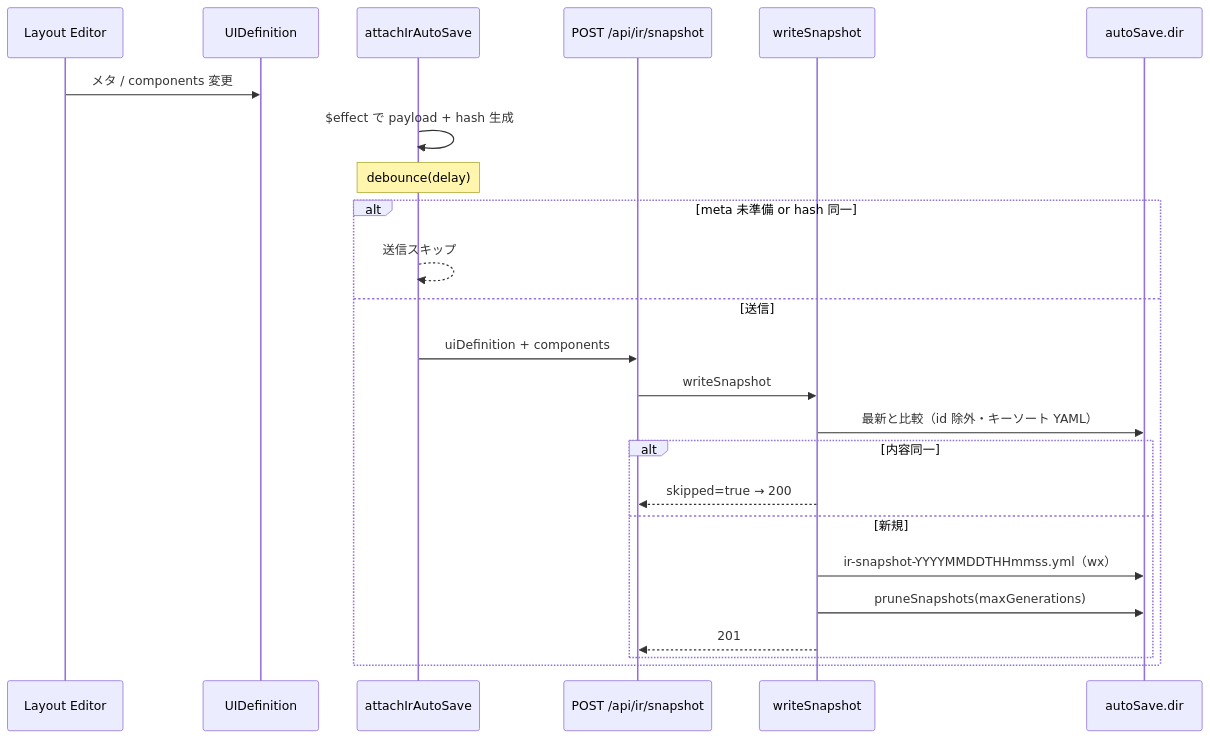
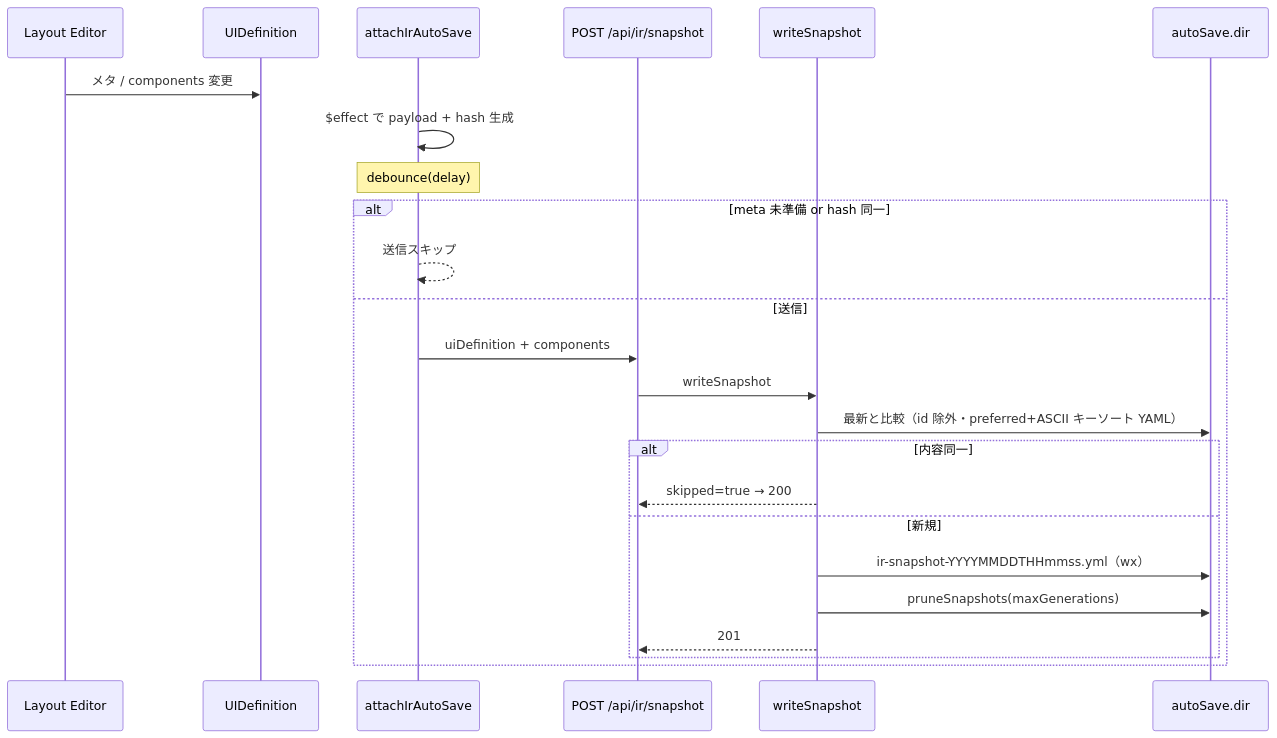
The diagram in docs/use-cases/ir-snapshot-auto-save.md (tatsuEX/lightweight-ir-modeler), drawn with Mermaid before and after one commit. The commit also changed other lines of this file and 8 other files, not shown here.

````diff
--- a/docs/use-cases/ir-snapshot-auto-save.md
+++ b/docs/use-cases/ir-snapshot-auto-save.md
@@ -35,27 +35,27 @@
 ```mermaid
 sequenceDiagram
   participant Editor as Layout Editor
   participant Store as UIDefinition
   participant Auto as attachIrAutoSave
   participant API as POST /api/ir/snapshot
   participant IO as writeSnapshot
   participant Disk as autoSave.dir
 
   Editor->>Store: メタ / components 変更
   Auto->>Auto: $effect で payload + hash 生成
   Note over Auto: debounce(delay)
   alt meta 未準備 or hash 同一
     Auto-->>Auto: 送信スキップ
   else 送信
     Auto->>API: uiDefinition + components
     API->>IO: writeSnapshot
-    IO->>Disk: 最新と比較（id 除外・キーソート YAML）
+    IO->>Disk: 最新と比較（id 除外・preferred+ASCII キーソート YAML）
     alt 内容同一
       IO-->>API: skipped=true → 200
     else 新規
       IO->>Disk: ir-snapshot-YYYYMMDDTHHmmss.yml（wx）
       IO->>Disk: pruneSnapshots(maxGenerations)
       IO-->>API: 201
     end
   end
 ```
````
